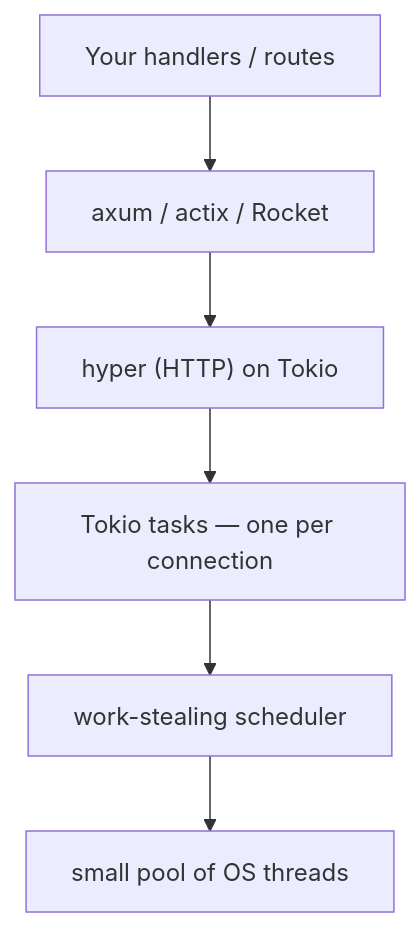
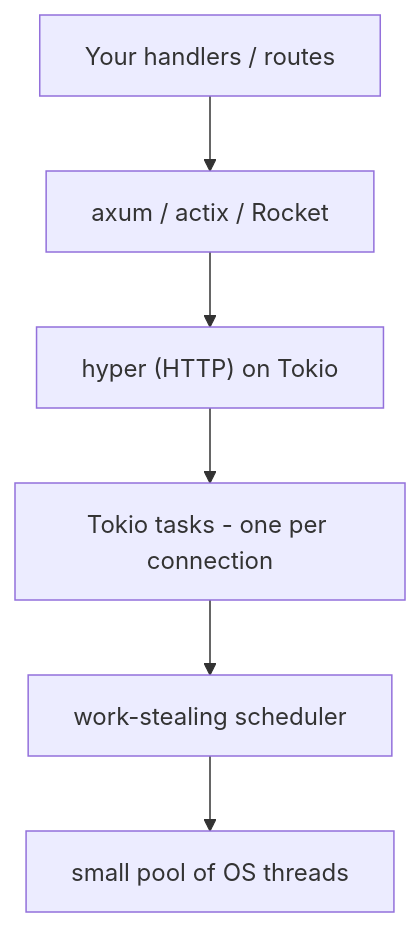
Before and after one commit to Topurrra/themissingmanual: the diagram in guides/frameworks/tokio-the-async-runtime/07-where-to-go-next.md, drawn with Mermaid. The commit also changed other lines of this file and 1072 other files, not shown here.

````diff
--- a/guides/frameworks/tokio-the-async-runtime/07-where-to-go-next.md
+++ b/guides/frameworks/tokio-the-async-runtime/07-where-to-go-next.md
@@ -28,8 +28,8 @@
 ```mermaid
 flowchart TD
   APP["Your handlers / routes"] --> FW["axum / actix / Rocket"]
   FW --> HY["hyper (HTTP) on Tokio"]
-  HY --> TASKS["Tokio tasks — one per connection"]
+  HY --> TASKS["Tokio tasks - one per connection"]
   TASKS --> SCHED["work-stealing scheduler"]
   SCHED --> OS["small pool of OS threads"]
 ```
````
